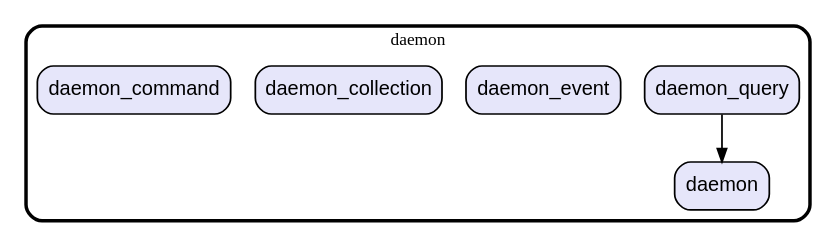
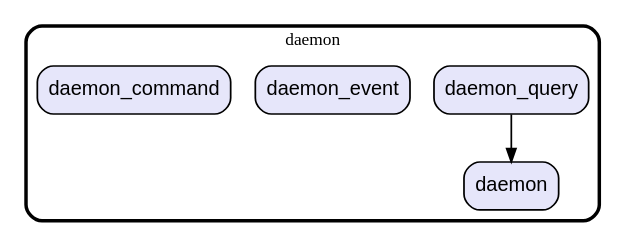
The diagram in graph/lib/core/daemon.dot (gev/reacthome-mobile), drawn with Graphviz before and after one commit. The commit also changed 22 other files, not shown here.

Commit message:
update dependencies graph

```diff
--- a/graph/lib/core/daemon.dot
+++ b/graph/lib/core/daemon.dot
@@ -1,19 +1,17 @@
 digraph "" {
   graph [style=rounded fontname="Arial Black" fontsize=13 penwidth=2.6];
   node [shape=rect style="filled,rounded" fontname=Arial fontsize=15 fillcolor=Lavender penwidth=1.3];
   edge [penwidth=1.3];
   "/daemon.dart" [label="daemon"];
   "/daemon_query.dart" [label="daemon_query"];
   "/daemon_event.dart" [label="daemon_event"];
-  "/daemon_collection.dart" [label="daemon_collection"];
   "/daemon_command.dart" [label="daemon_command"];
   subgraph "cluster~" {
     label="daemon";
     "/daemon.dart";
     "/daemon_query.dart";
     "/daemon_event.dart";
-    "/daemon_collection.dart";
     "/daemon_command.dart";
   }
   "/daemon_query.dart" -> "/daemon.dart";
 }
```
